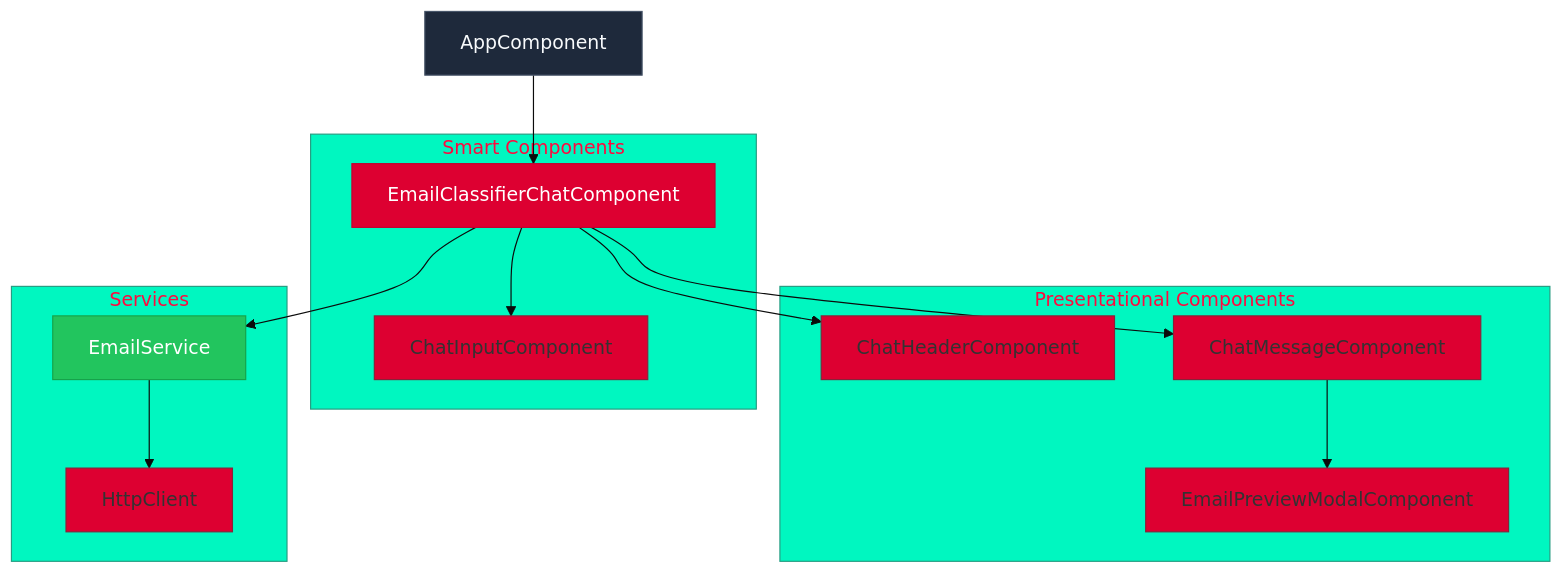
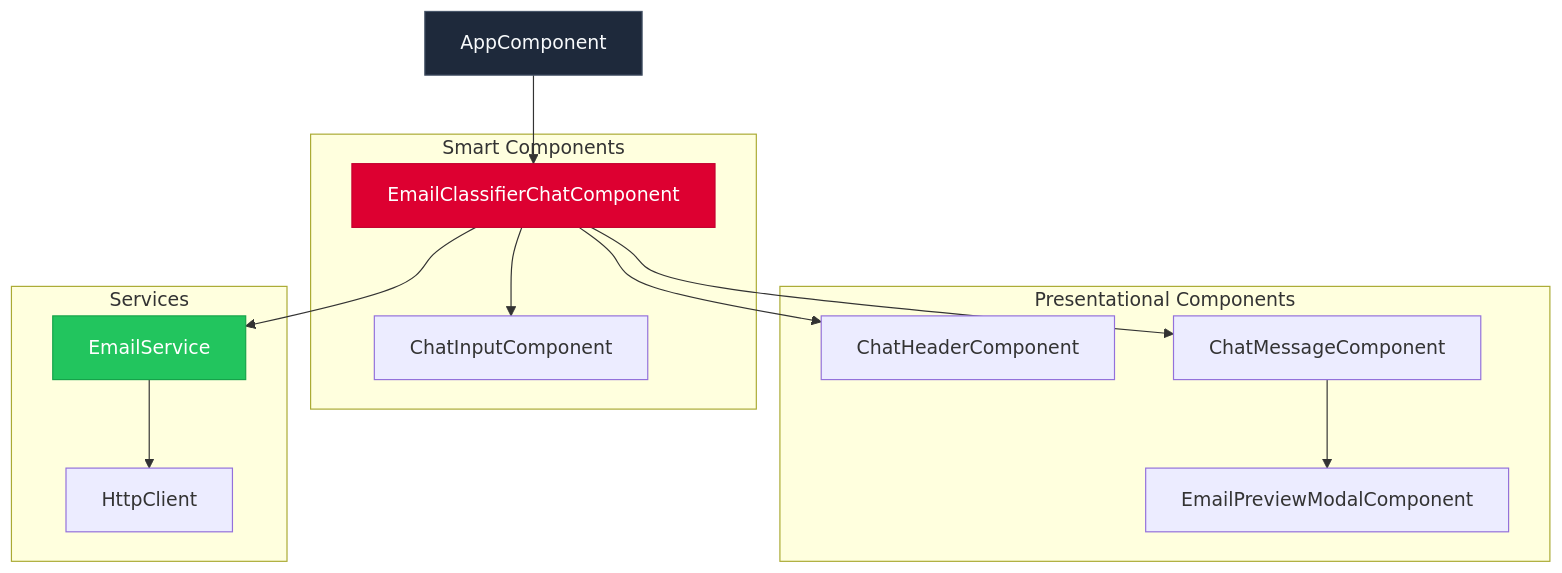
Before and after one commit to wmakeouthill/certificados-wesley: the third of 4 diagrams in portfolio-content/projects/desafio_fullstack.md, drawn with Mermaid. The commit also changed other lines of this file and 3 other files, not shown here.

````diff
--- a/portfolio-content/projects/desafio_fullstack.md
+++ b/portfolio-content/projects/desafio_fullstack.md
@@ -248,32 +248,32 @@
 ```mermaid
-%%{init: {'theme': 'base', 'themeVariables': { 'primaryColor': '#dd0031'}}}%%
+%%{title: "Arquitetura do Frontend (Angular 20+)"}%%
 graph TD
     A[AppComponent] --> B[EmailClassifierChatComponent]
     B --> C[ChatHeaderComponent]
     B --> D[ChatMessageComponent]
     B --> E[ChatInputComponent]
     D --> F[EmailPreviewModalComponent]
 
     subgraph "Smart Components"
         B
         E
     end
 
     subgraph "Presentational Components"
         C
         D
         F
     end
 
     subgraph "Services"
         G[EmailService]
         H[HttpClient]
     end
 
     B --> G
     G --> H
 
     style A fill:#1e293b,stroke:#475569,color:#f8fafc
     style B fill:#dd0031,stroke:#c3002f,color:#fff
     style G fill:#22c55e,stroke:#16a34a,color:#fff
 ```
````
